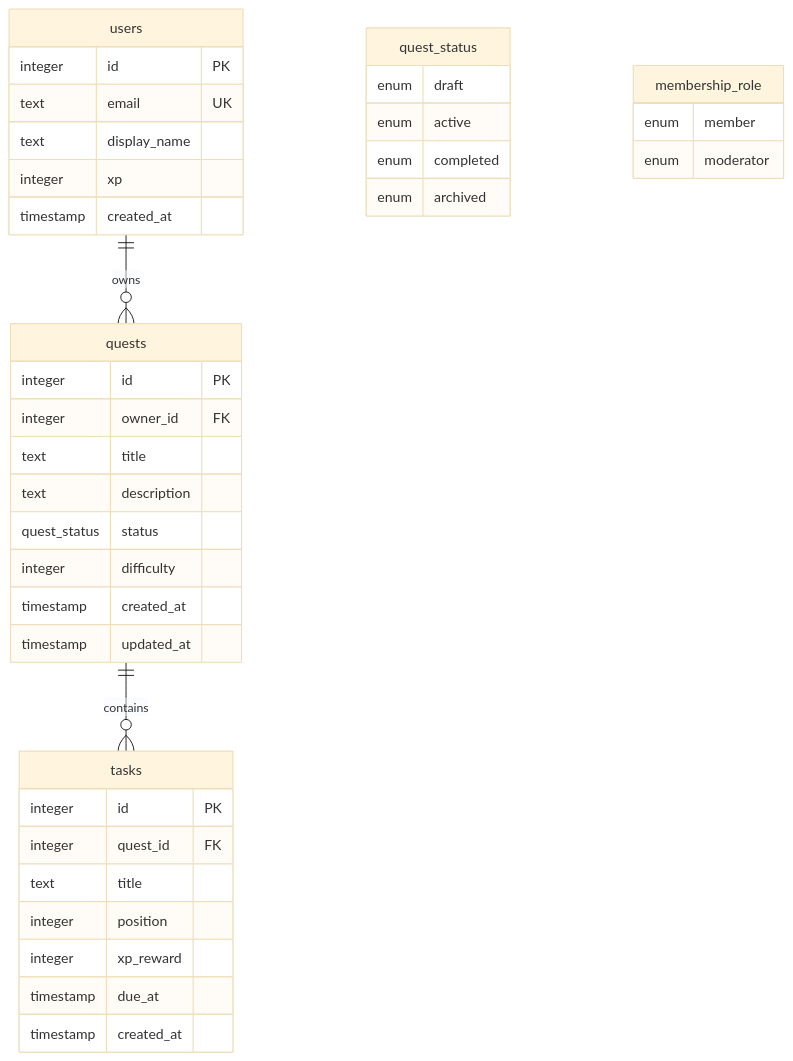
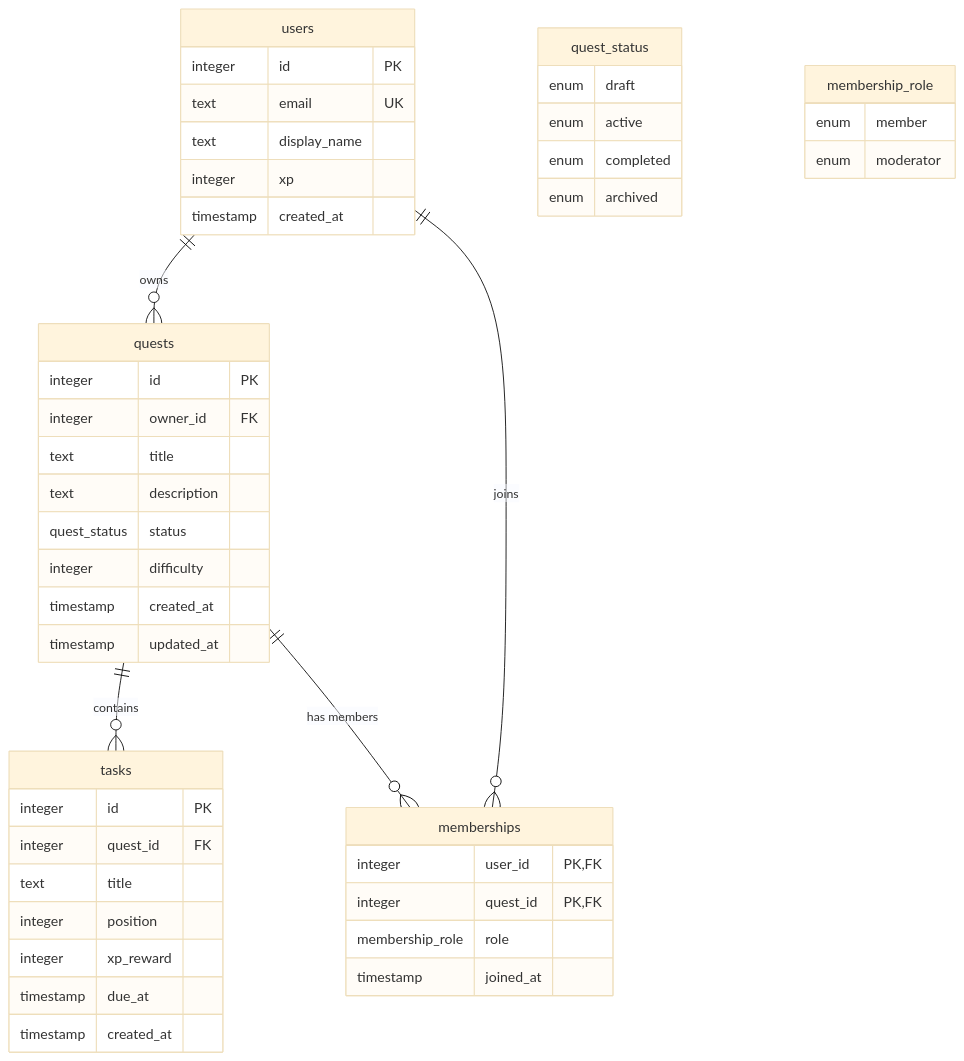
One commit to ccweerasinghe1994/drizzel-lerning-quest-project changed the diagram in README.md. Above: the diagram before and after it, drawn with Mermaid (base theme). The commit also changed other lines of this file and 3 other files, not shown here.

Commit message:
docs: update README for memberships schema

````diff
--- a/README.md
+++ b/README.md
@@ -66,42 +66,50 @@
 ```mermaid
 erDiagram
     users ||--o{ quests : "owns"
     quests ||--o{ tasks : "contains"
+    users ||--o{ memberships : "joins"
+    quests ||--o{ memberships : "has members"
 
     quest_status {
         enum draft
         enum active
         enum completed
         enum archived
     }
     membership_role {
         enum member
         enum moderator
     }
     users {
         integer id PK
         text email UK
         text display_name
         integer xp
         timestamp created_at
     }
     quests {
         integer id PK
         integer owner_id FK
         text title
         text description
         quest_status status
         integer difficulty
         timestamp created_at
         timestamp updated_at
     }
     tasks {
         integer id PK
         integer quest_id FK
         text title
         integer position
         integer xp_reward
         timestamp due_at
         timestamp created_at
     }
+    memberships {
+        integer user_id PK, FK
+        integer quest_id PK, FK
+        membership_role role
+        timestamp joined_at
+    }
 ```
````
